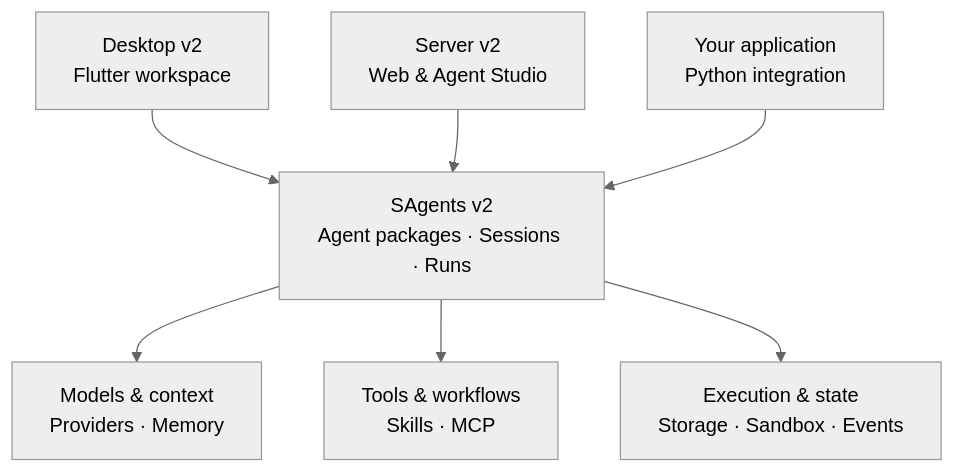
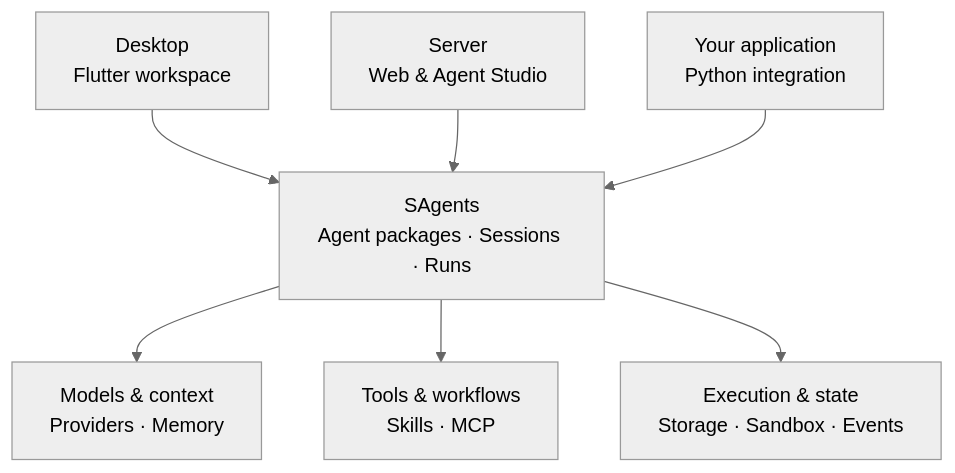
One commit to ZHangZHengEric/Sage changed the diagram in README.md. Above: the diagram before and after it, drawn with Mermaid (neutral theme). The commit also changed other lines of this file and 63 other files, not shown here.

````diff
--- a/README.md
+++ b/README.md
@@ -211,16 +213,16 @@
 ```mermaid
 flowchart TB
-    desktop["Desktop v2<br/>Flutter workspace"]
-    server["Server v2<br/>Web & Agent Studio"]
+    desktop["Desktop<br/>Flutter workspace"]
+    server["Server<br/>Web & Agent Studio"]
     custom["Your application<br/>Python integration"]
 
-    runtime["SAgents v2<br/>Agent packages · Sessions · Runs"]
+    runtime["SAgents<br/>Agent packages · Sessions · Runs"]
 
     desktop --> runtime
     server --> runtime
     custom --> runtime
 
     runtime --> intelligence["Models & context<br/>Providers · Memory"]
     runtime --> capabilities["Tools & workflows<br/>Skills · MCP"]
     runtime --> execution["Execution & state<br/>Storage · Sandbox · Events"]
 ```
````
